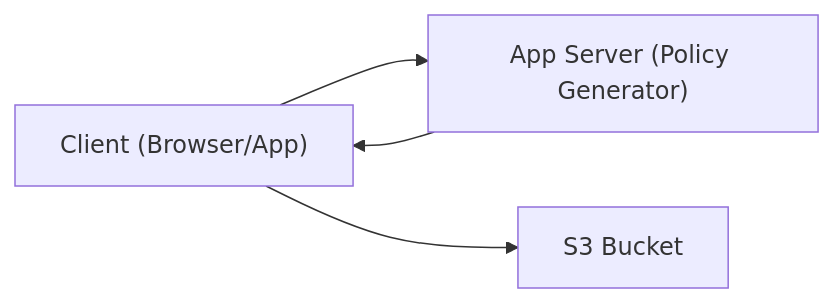
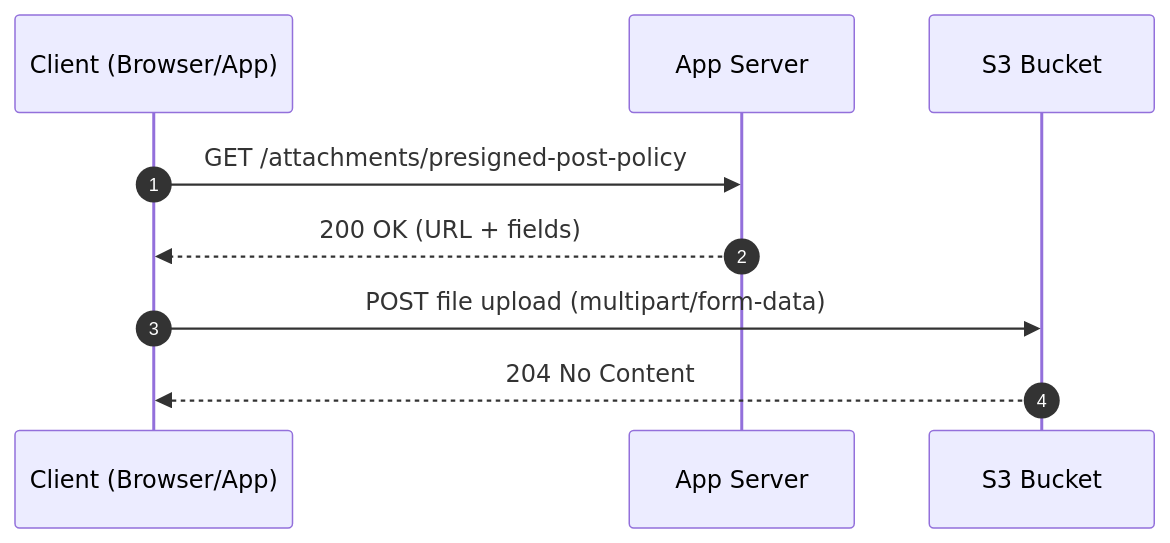
The third of 3 diagrams in _posts/2025-07-12-optimizing-file-upload-with-aws-s3-presigned-post.md (jonathas/jonathas.github.io), drawn with Mermaid before and after one commit.

Commit message:
feat: add sequence diagram

```diff
--- a/_posts/2025-07-12-optimizing-file-upload-with-aws-s3-presigned-post.md
+++ b/_posts/2025-07-12-optimizing-file-upload-with-aws-s3-presigned-post.md
@@ -91,10 +91,12 @@
 <div class="mermaid">
-flowchart LR
-  Client["Client (Browser/App)"]
-  App["App Server (Policy Generator)"]
-  S3["S3 Bucket"]
+sequenceDiagram
+  autonumber
+  participant Client as Client (Browser/App)
+  participant API as App Server
+  participant S3 as S3 Bucket
 
-  Client --> App
-  App --> Client
-  Client --> S3
+  Client->>API: GET /attachments/presigned-post-policy
+  API-->>Client: 200 OK (URL + fields)
+  Client->>S3: POST file upload (multipart/form-data)
+  S3-->>Client: 204 No Content
 </div>
```
